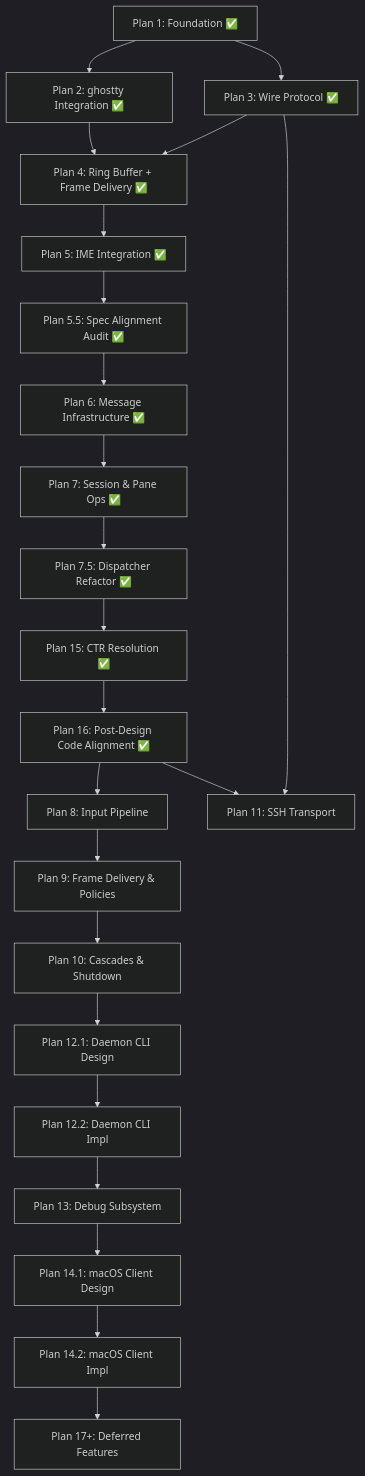
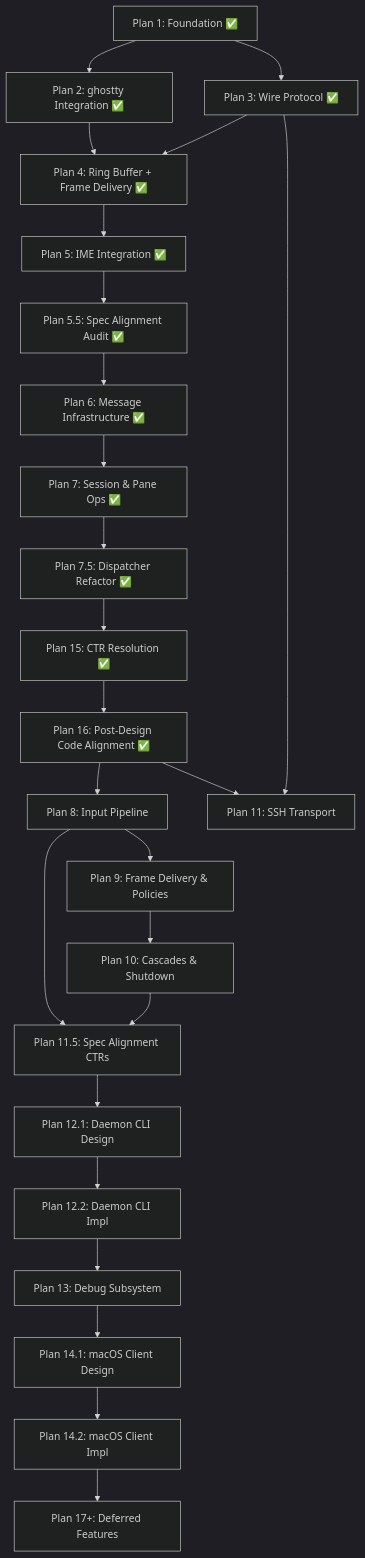
One commit to powdream-org/it-shell3 changed the diagram in docs/superpowers/plans/ROADMAP.md. Above: the diagram before and after it, drawn with Mermaid (dark theme). The commit also changed other lines of this file and 9 other files, not shown here.

````diff
--- a/docs/superpowers/plans/ROADMAP.md
+++ b/docs/superpowers/plans/ROADMAP.md
@@ -65,25 +66,27 @@
 ```mermaid
 graph TD
     P1["Plan 1: Foundation ✅"] --> P2["Plan 2: ghostty Integration ✅"]
     P1 --> P3["Plan 3: Wire Protocol ✅"]
     P2 --> P4["Plan 4: Ring Buffer + Frame Delivery ✅"]
     P3 --> P4
     P4 --> P5["Plan 5: IME Integration ✅"]
     P5 --> P5_5["Plan 5.5: Spec Alignment Audit ✅"]
     P5_5 --> P6["Plan 6: Message Infrastructure ✅"]
     P6 --> P7["Plan 7: Session & Pane Ops ✅"]
     P7 --> P7_5["Plan 7.5: Dispatcher Refactor ✅"]
     P7_5 --> P15["Plan 15: CTR Resolution ✅"]
     P15 --> P16["Plan 16: Post-Design Code Alignment ✅"]
     P16 --> P8["Plan 8: Input Pipeline"]
     P16 --> P11["Plan 11: SSH Transport"]
     P3 --> P11
     P8 --> P9["Plan 9: Frame Delivery & Policies"]
     P9 --> P10["Plan 10: Cascades & Shutdown"]
-    P10 --> P12_1["Plan 12.1: Daemon CLI Design"]
+    P8 --> P11_5["Plan 11.5: Spec Alignment CTRs"]
+    P10 --> P11_5
+    P11_5 --> P12_1["Plan 12.1: Daemon CLI Design"]
     P12_1 --> P12_2["Plan 12.2: Daemon CLI Impl"]
     P12_2 --> P13["Plan 13: Debug Subsystem"]
     P13 --> P14_1["Plan 14.1: macOS Client Design"]
     P14_1 --> P14_2["Plan 14.2: macOS Client Impl"]
     P14_2 --> P17["Plan 17+: Deferred Features"]
 ```
````
